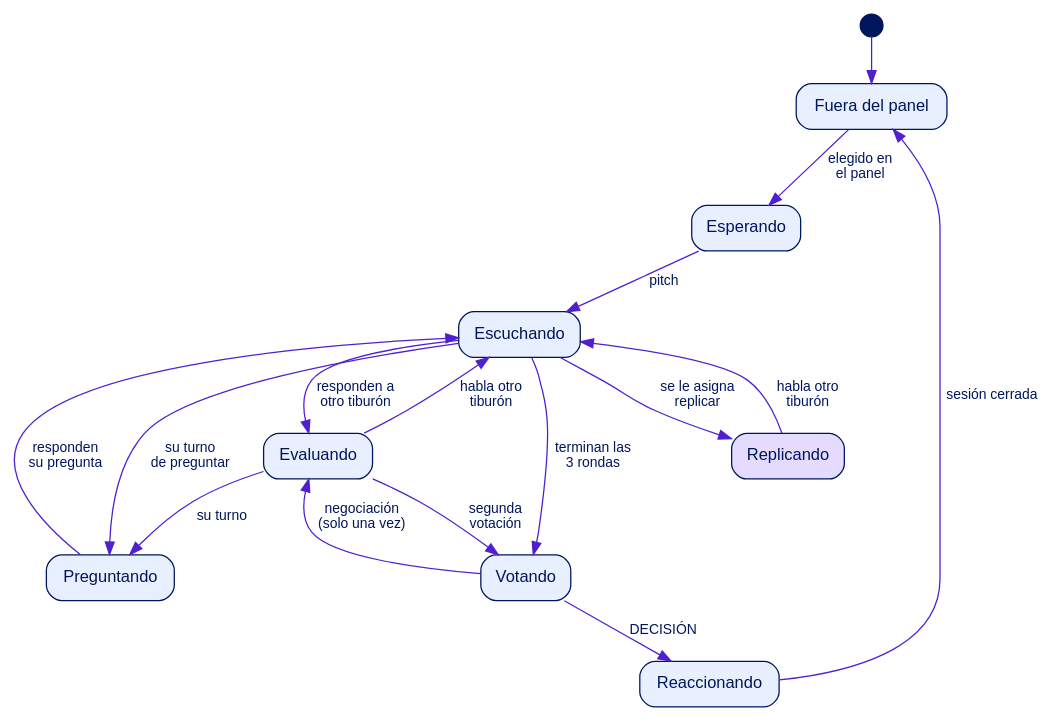
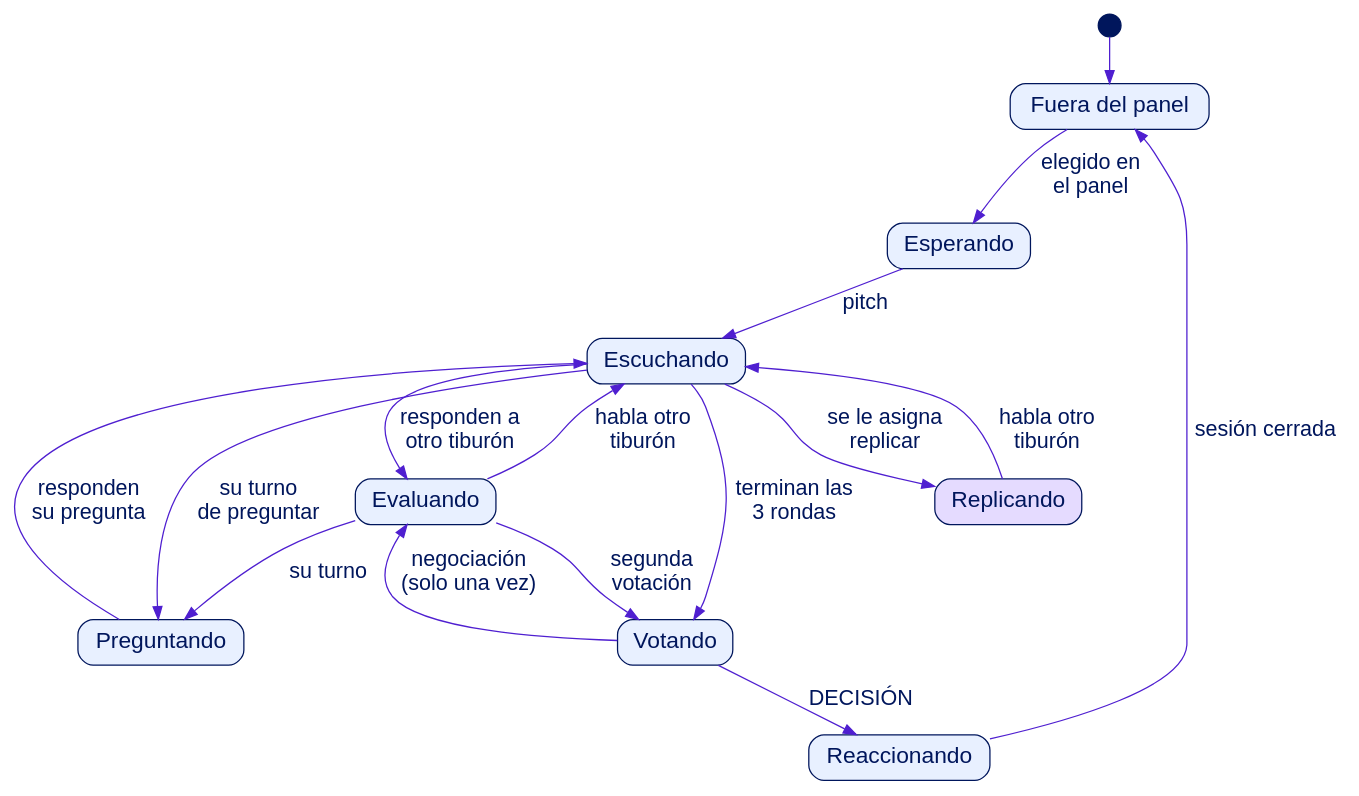
One commit to albertolopezb/NeuralHub changed the diagram in docs/figuras/f02_estados_tiburon.dot. Above: the diagram before and after it, drawn with Graphviz. The commit also changed 16 other files, not shown here.

Commit message:
Entorno dinámico mejor argumentado, valuación conservada por trato, diagramas más legibles e imágenes de componentes

```diff
--- a/docs/figuras/f02_estados_tiburon.dot
+++ b/docs/figuras/f02_estados_tiburon.dot
@@ -1,16 +1,16 @@
-digraph G{ bgcolor=white; fontname="Helvetica"; node[fontname="Helvetica",fontsize=13,color="#00165C",fontcolor="#00165C",style="rounded,filled",fillcolor="#E8F0FF",shape=box]; edge[fontname="Helvetica",fontsize=11,color="#4F1FD0",fontcolor="#00165C"]; rankdir=TB; nodesep=.6; ranksep=.5;
+digraph G{ bgcolor=white; fontname="Helvetica"; node[fontname="Helvetica",fontsize=18,color="#00165C",fontcolor="#00165C",style="rounded,filled",fillcolor="#E8F0FF",shape=box]; edge[fontname="Helvetica",fontsize=17,color="#4F1FD0",fontcolor="#00165C"]; rankdir=TB; nodesep=.6; ranksep=.5;
 s[shape=circle,label="",width=.25,fillcolor="#00165C"];
 Fuera[label="Fuera del panel"]; Esp[label="Esperando"]; Esc[label="Escuchando"]; Pre[label="Preguntando"]; Eva[label="Evaluando"]; Rep[label="Replicando",fillcolor="#E5DBFF"]; Vot[label="Votando"]; Rea[label="Reaccionando"];
 s->Fuera; Fuera->Esp[label="elegido en
 el panel"]; Esp->Esc[label="pitch"]; Esc->Pre[label="su turno
 de preguntar"]; Pre->Esc[label="responden
 su pregunta"];
 Esc->Eva[label="responden a
 otro tiburón"]; Eva->Esc[label="habla otro
 tiburón"]; Eva->Pre[label="su turno"]; Esc->Rep[label="se le asigna
 replicar"]; Rep->Esc[label="habla otro
 tiburón"]; Esc->Vot[label="terminan las
 3 rondas"];
 Vot->Eva[label="negociación
 (solo una vez)"]; Eva->Vot[label="segunda
 votación"]; Vot->Rea[label="DECISIÓN"]; Rea->Fuera[label="sesión cerrada"];}
```
